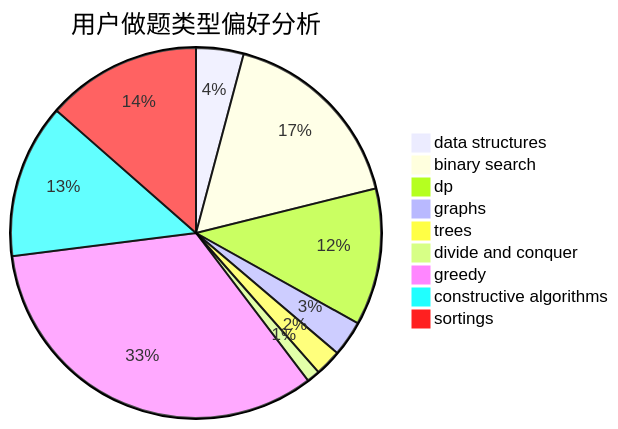
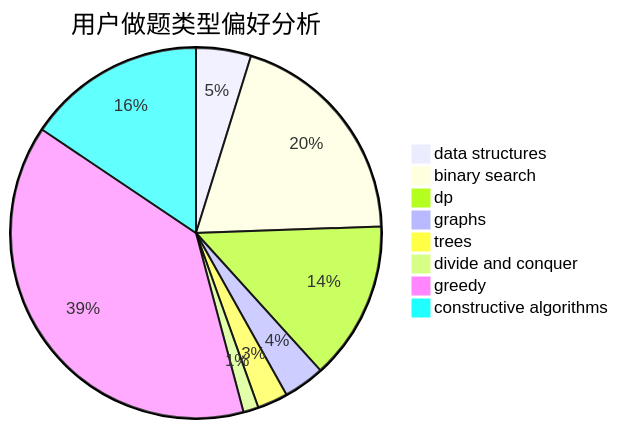
The second of 3 diagrams in docs/user/u1989.md (sherpahu/cfrs.github.io), drawn with Mermaid before and after one commit. The commit also changed other lines of this file and 2769 other files, not shown here.

````diff
--- a/docs/user/u1989.md
+++ b/docs/user/u1989.md
@@ -18,12 +18,11 @@
 ```mermaid
 pie title 用户做题类型偏好分析
     "data structures" :  72
     "binary search" :  295
     "dp" :  208
     "graphs" :  54
     "trees" :  40
     "divide and conquer" :  20
     "greedy" :  579
     "constructive algorithms" :  234
-    "sortings" :  235
 ```
````
